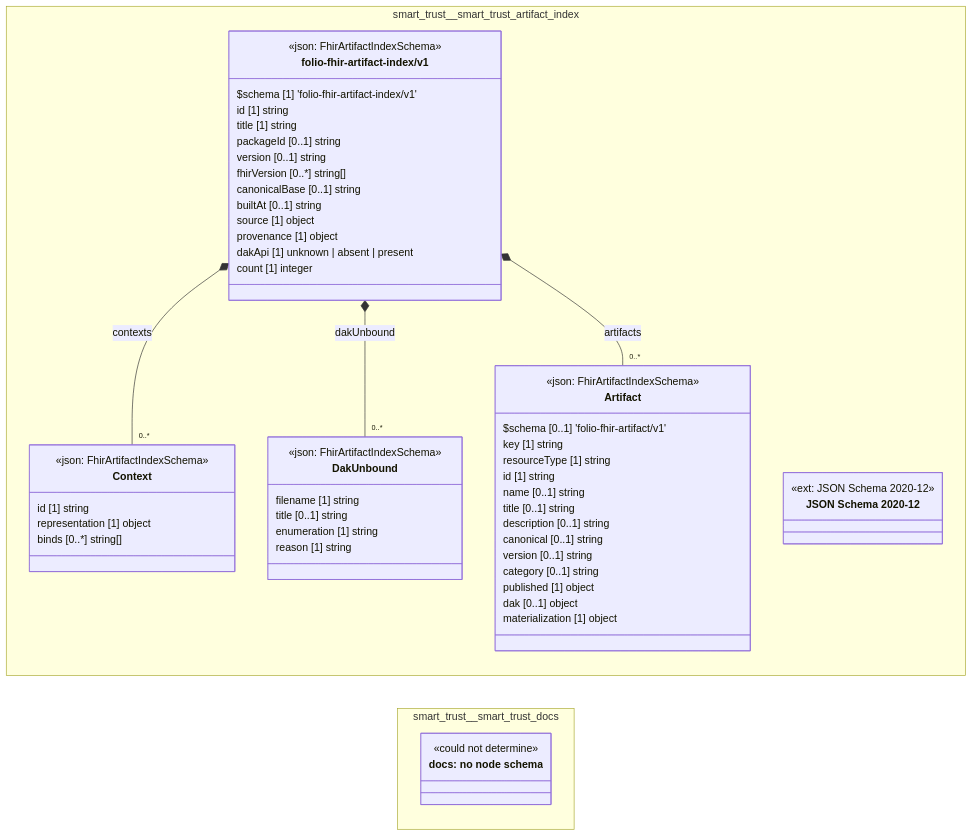
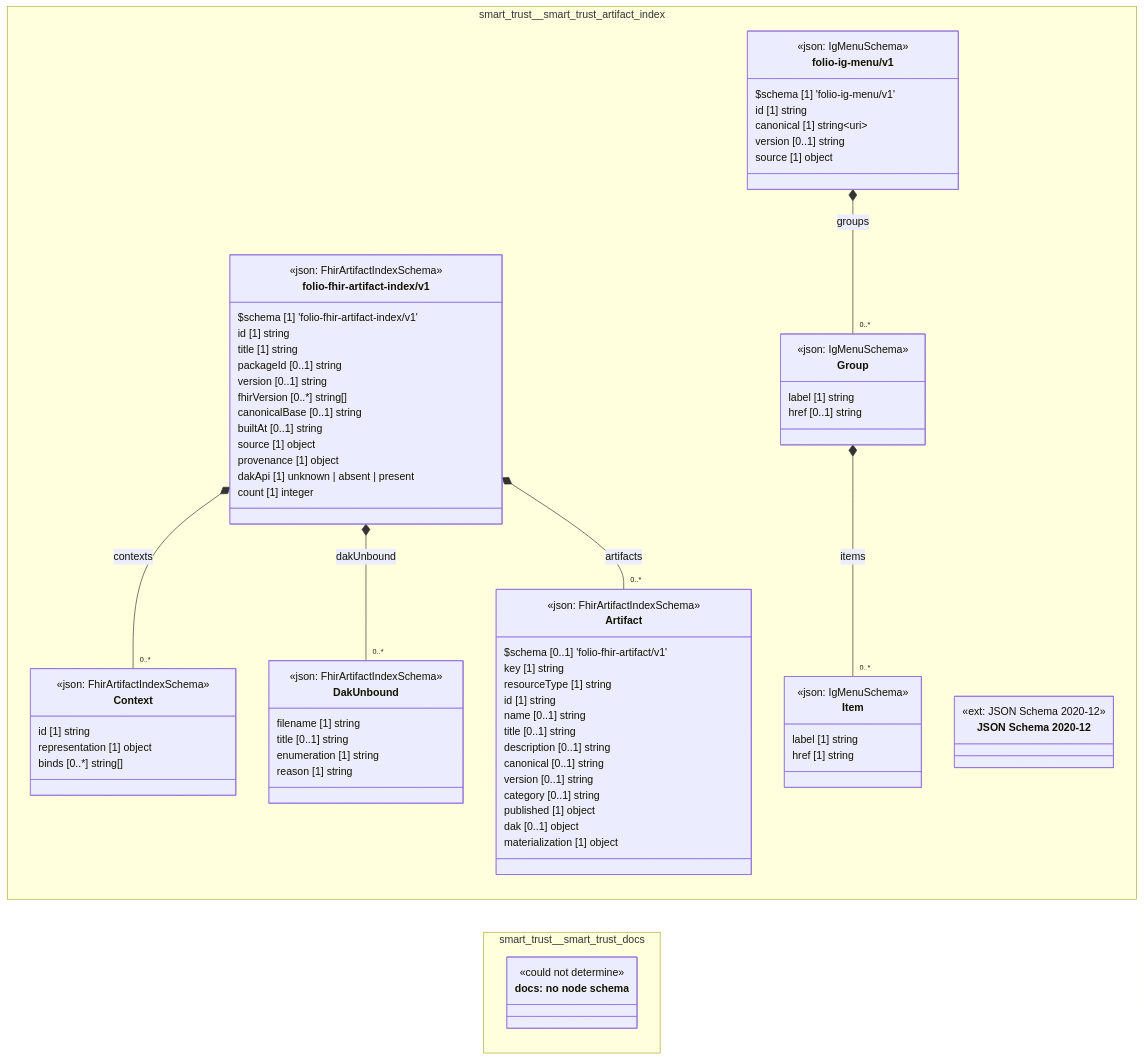
The diagram in cat-harness/docs/uml/overview/smart-trust.md (litlfred/folio-assistant), drawn with Mermaid before and after one commit. The commit also changed other lines of this file and 28 other files, not shown here.

```diff
--- a/cat-harness/docs/uml/overview/smart-trust.md
+++ b/cat-harness/docs/uml/overview/smart-trust.md
@@ -57,6 +57,24 @@
       dakApi [1] unknown | absent | present
       count [1] integer
     }
+    class smart_trust_smart_trust_artifact_index_folio_ig_menu_v1_Item["Item"] {
+      <<json: IgMenuSchema>>
+      label [1] string
+      href [1] string
+    }
+    class smart_trust_smart_trust_artifact_index_folio_ig_menu_v1_Group["Group"] {
+      <<json: IgMenuSchema>>
+      label [1] string
+      href [0..1] string
+    }
+    class smart_trust_smart_trust_artifact_index_folio_ig_menu_v1_folio_ig_menu_v1["folio-ig-menu/v1"] {
+      <<json: IgMenuSchema>>
+      $schema [1] 'folio-ig-menu/v1'
+      id [1] string
+      canonical [1] string~uri~
+      version [0..1] string
+      source [1] object
+    }
     class smart_trust_smart_trust_artifact_index_https___json_schema_org_draft_2020_12_schema["JSON Schema 2020-12"] {
       <<ext: JSON Schema 2020-12>>
     }
@@ -69,10 +87,15 @@
   smart_trust_smart_trust_artifact_index_folio_fhir_artifact_index_v1_folio_fhir_artifact_index_v1 *-- "0..*" smart_trust_smart_trust_artifact_index_folio_fhir_artifact_index_v1_Context : contexts
   smart_trust_smart_trust_artifact_index_folio_fhir_artifact_index_v1_folio_fhir_artifact_index_v1 *-- "0..*" smart_trust_smart_trust_artifact_index_folio_fhir_artifact_index_v1_DakUnbound : dakUnbound
   smart_trust_smart_trust_artifact_index_folio_fhir_artifact_index_v1_folio_fhir_artifact_index_v1 *-- "0..*" smart_trust_smart_trust_artifact_index_folio_fhir_artifact_index_v1_Artifact : artifacts
+  smart_trust_smart_trust_artifact_index_folio_ig_menu_v1_Group *-- "0..*" smart_trust_smart_trust_artifact_index_folio_ig_menu_v1_Item : items
+  smart_trust_smart_trust_artifact_index_folio_ig_menu_v1_folio_ig_menu_v1 *-- "0..*" smart_trust_smart_trust_artifact_index_folio_ig_menu_v1_Group : groups
   cssClass "smart_trust_smart_trust_artifact_index_folio_fhir_artifact_index_v1_Context" fa_uml_kind_fhir_artifact_index
   cssClass "smart_trust_smart_trust_artifact_index_folio_fhir_artifact_index_v1_DakUnbound" fa_uml_kind_fhir_artifact_index
   cssClass "smart_trust_smart_trust_artifact_index_folio_fhir_artifact_index_v1_Artifact" fa_uml_kind_fhir_artifact_index
   cssClass "smart_trust_smart_trust_artifact_index_folio_fhir_artifact_index_v1_folio_fhir_artifact_index_v1" fa_uml_kind_fhir_artifact_index
+  cssClass "smart_trust_smart_trust_artifact_index_folio_ig_menu_v1_Item" fa_uml_kind_fhir_artifact_index
+  cssClass "smart_trust_smart_trust_artifact_index_folio_ig_menu_v1_Group" fa_uml_kind_fhir_artifact_index
+  cssClass "smart_trust_smart_trust_artifact_index_folio_ig_menu_v1_folio_ig_menu_v1" fa_uml_kind_fhir_artifact_index
   cssClass "smart_trust_smart_trust_artifact_index_https___json_schema_org_draft_2020_12_schema" fa_uml_kind_fhir_artifact_index
   cssClass "n_smart_trust_smart_trust_docs_docs" fa_uml_kind_docs
   cssClass "n_smart_trust_smart_trust_docs_docs" fa_uml_undetermined
```
